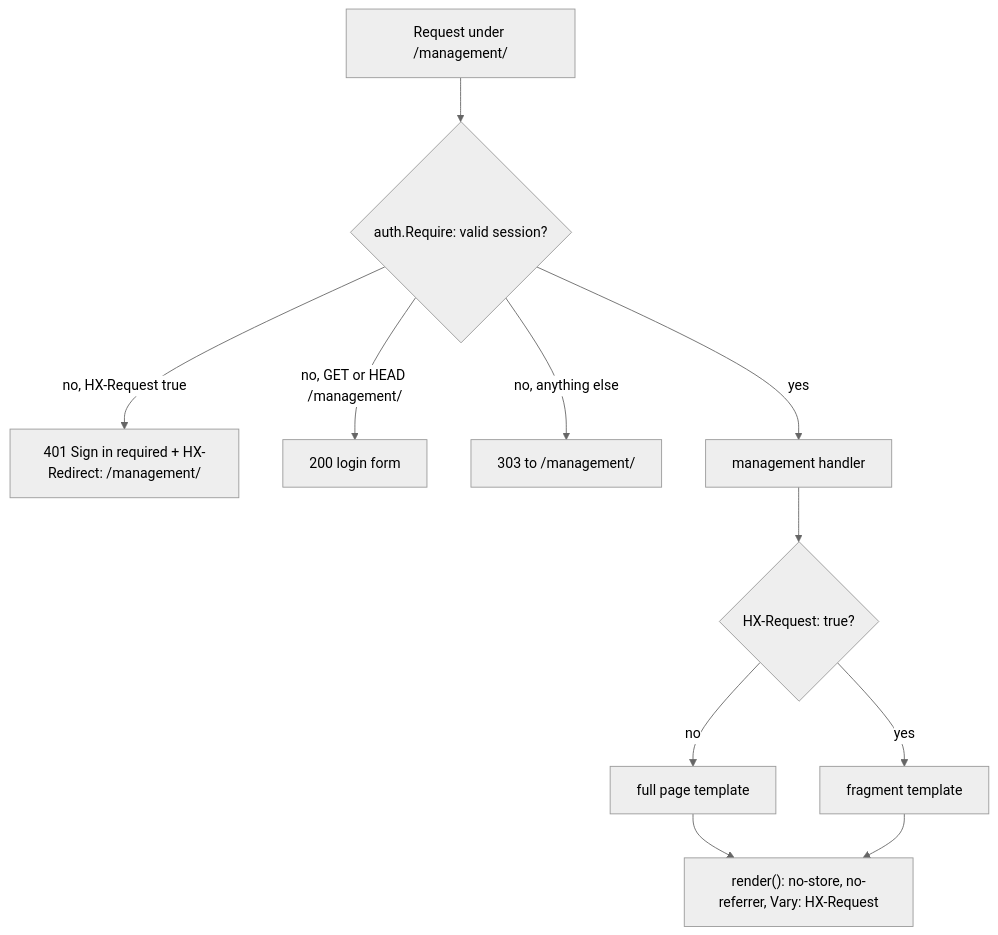
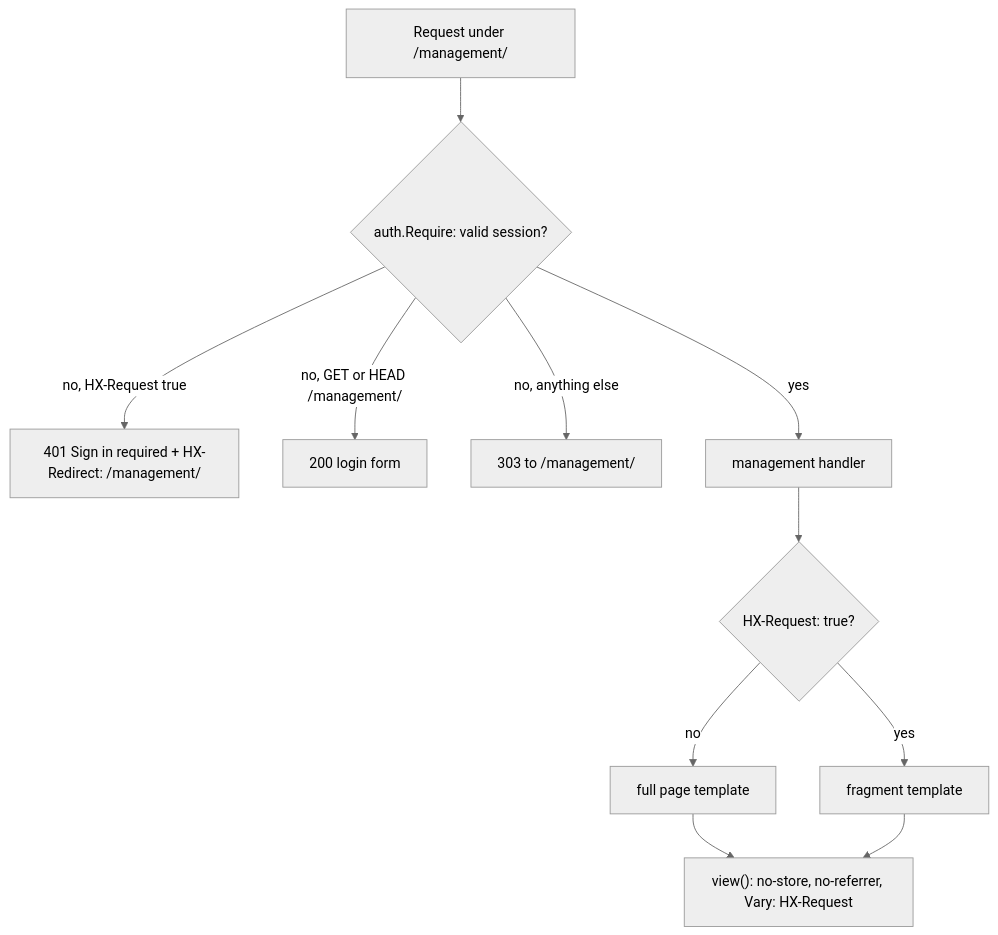
Before and after one commit to devGabriel131/ProjectHermes: the diagram in docs/management/overview.md, drawn with Mermaid (neutral theme). The commit also changed other lines of this file and 18 other files, not shown here.

````diff
--- a/docs/management/overview.md
+++ b/docs/management/overview.md
@@ -11,13 +11,13 @@
 ```mermaid
 flowchart TD
     Request["Request under /management/"] --> Require{"auth.Require: valid session?"}
     Require -->|"no, HX-Request true"| Denied["401 Sign in required + HX-Redirect: /management/"]
     Require -->|"no, GET or HEAD /management/"| Login["200 login form"]
     Require -->|"no, anything else"| SeeOther["303 to /management/"]
     Require -->|"yes"| Handler["management handler"]
     Handler --> Kind{"HX-Request: true?"}
     Kind -->|"no"| Page["full page template"]
     Kind -->|"yes"| Fragment["fragment template"]
-    Page --> Render["render(): no-store, no-referrer, Vary: HX-Request"]
+    Page --> Render["view(): no-store, no-referrer, Vary: HX-Request"]
     Fragment --> Render
 ```
````
